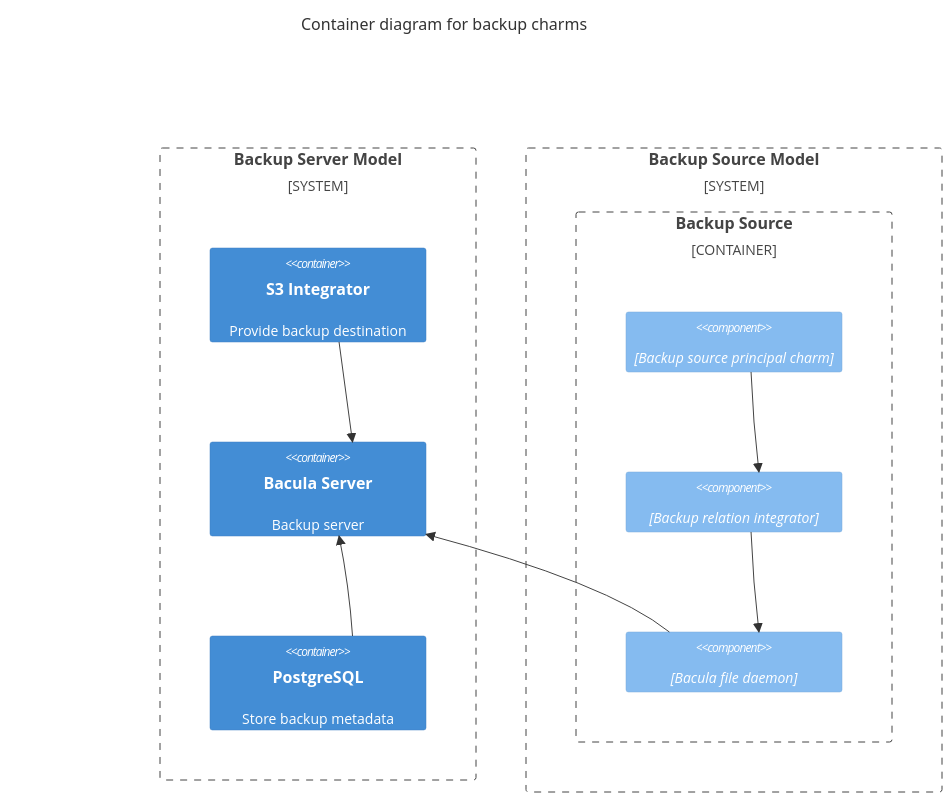
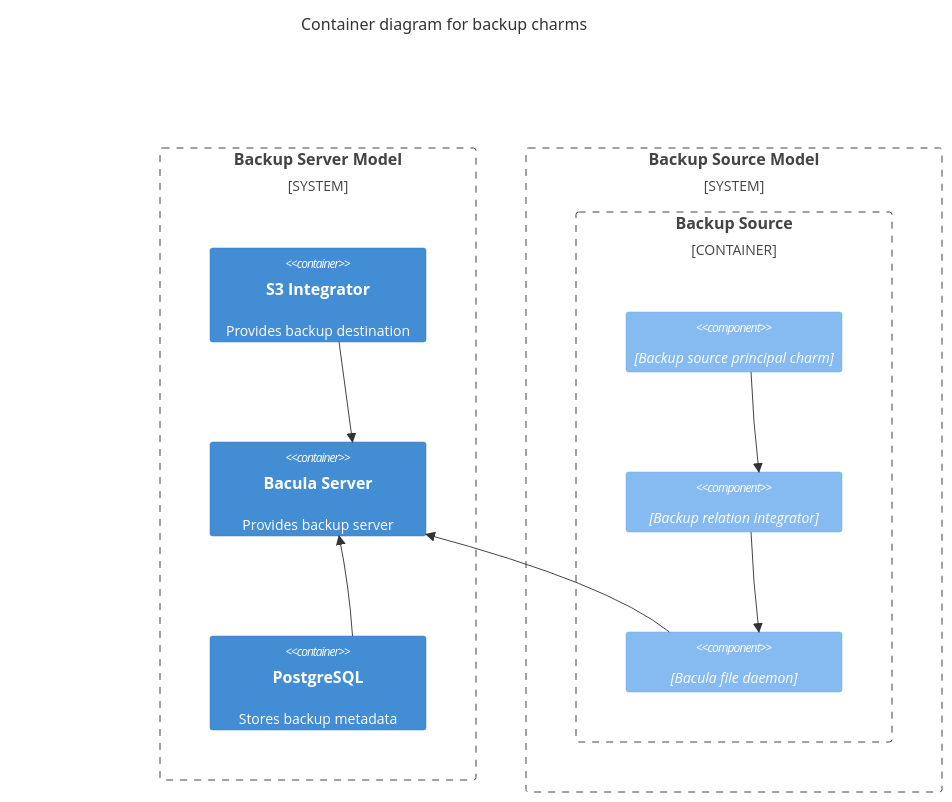
One commit to canonical/backup-operators changed the diagram in docs/explanation/backup-integrator-charm-architecture.md. Above: the diagram before and after it, drawn with Mermaid. The commit also changed 4 other files, not shown here.

````diff
--- a/docs/explanation/backup-integrator-charm-architecture.md
+++ b/docs/explanation/backup-integrator-charm-architecture.md
@@ -29,23 +29,23 @@
 ```mermaid
 C4Context
     title Container diagram for backup charms
 
     System_Boundary(backup server, "Backup Server Model") {
-        Container(s3-integrator, "S3 Integrator", "", "Provide backup destination")
-        Container(bacula-server, "Bacula Server", "", "Backup server")
-        Container(postgresql, "PostgreSQL", "", "Store backup metadata")
+        Container(s3-integrator, "S3 Integrator", "", "Provides backup destination")
+        Container(bacula-server, "Bacula Server", "", "Provides backup server")
+        Container(postgresql, "PostgreSQL", "", "Stores backup metadata")
         Rel(s3-integrator, bacula-server, "")
         Rel(postgresql, bacula-server, "")
     }
 
     System_Boundary(backup source, "Backup Source Model") {
         Container_Boundary(backup-source, "Backup Source") {
             Component(source, "", "Backup source principal charm")
             Component(backup-integrator, "", "Backup relation integrator")
             Component(bacula-fd, "", "Bacula file daemon")
         }
         Rel(source, backup-integrator, "")
         Rel(backup-integrator, bacula-fd, "")
     }
     Rel(bacula-fd, bacula-server, "")
 ```
````
